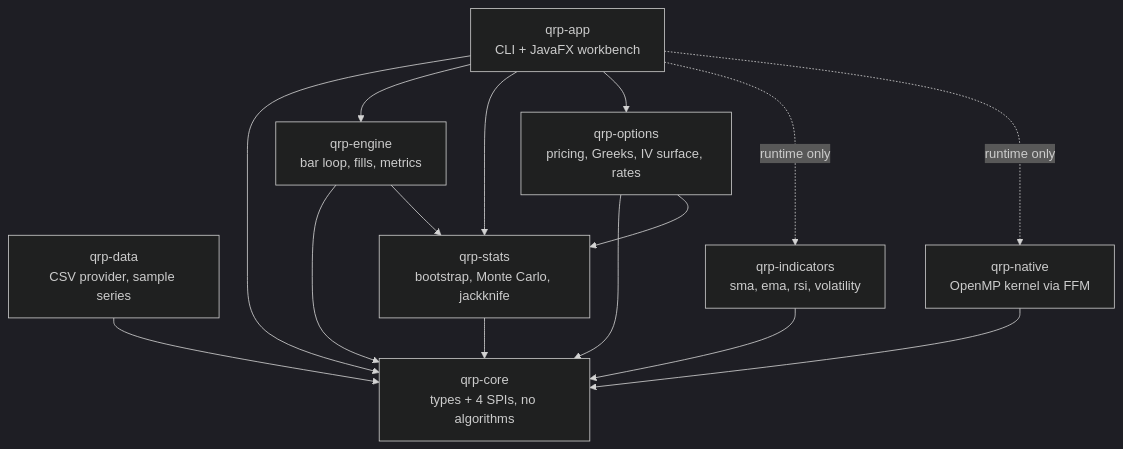
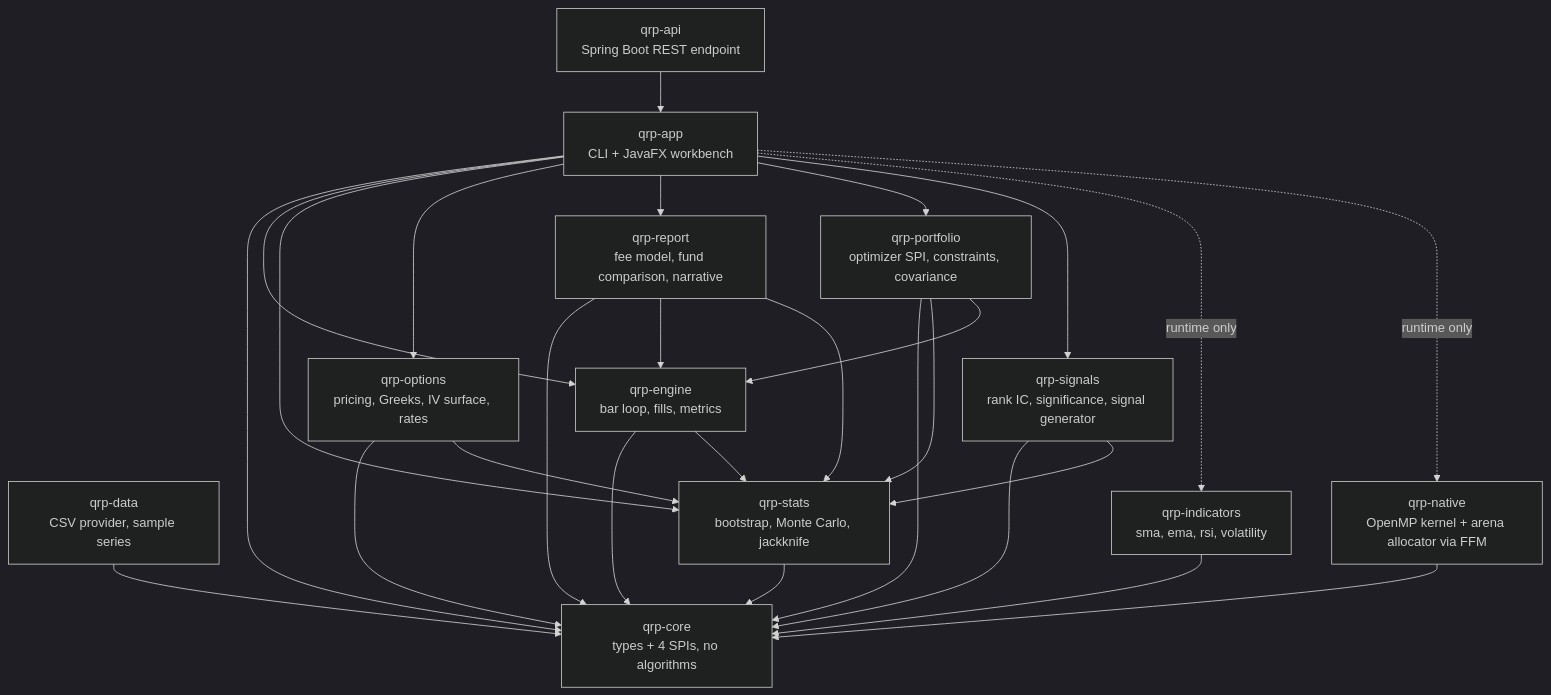
One commit to williamhuang1261/quant-research-platform changed the diagram in README.md. Above: the diagram before and after it, drawn with Mermaid (dark theme). The commit also changed other lines of this file and 73 other files, not shown here.

````diff
--- a/README.md
+++ b/README.md
@@ -121,26 +423,42 @@
 ```mermaid
 graph TD
     core["qrp-core<br/>types + 4 SPIs, no algorithms"]
     data["qrp-data<br/>CSV provider, sample series"]
     ind["qrp-indicators<br/>sma, ema, rsi, volatility"]
     stats["qrp-stats<br/>bootstrap, Monte Carlo, jackknife"]
     engine["qrp-engine<br/>bar loop, fills, metrics"]
     options["qrp-options<br/>pricing, Greeks, IV surface, rates"]
-    native["qrp-native<br/>OpenMP kernel via FFM"]
+    report["qrp-report<br/>fee model, fund comparison, narrative"]
+    portfolio["qrp-portfolio<br/>optimizer SPI, constraints, covariance"]
+    signals["qrp-signals<br/>rank IC, significance, signal generator"]
+    native["qrp-native<br/>OpenMP kernel + arena allocator via FFM"]
     app["qrp-app<br/>CLI + JavaFX workbench"]
+    api["qrp-api<br/>Spring Boot REST endpoint"]
 
     data --> core
     ind --> core
     stats --> core
     engine --> core
     engine --> stats
     options --> core
     options --> stats
+    report --> core
+    report --> engine
+    report --> stats
+    portfolio --> core
+    portfolio --> stats
+    portfolio --> engine
+    signals --> core
+    signals --> stats
     native --> core
     app --> core
     app --> engine
     app --> stats
     app --> options
+    app --> report
+    app --> portfolio
+    app --> signals
     app -. runtime only .-> ind
     app -. runtime only .-> native
+    api --> app
 ```
````
